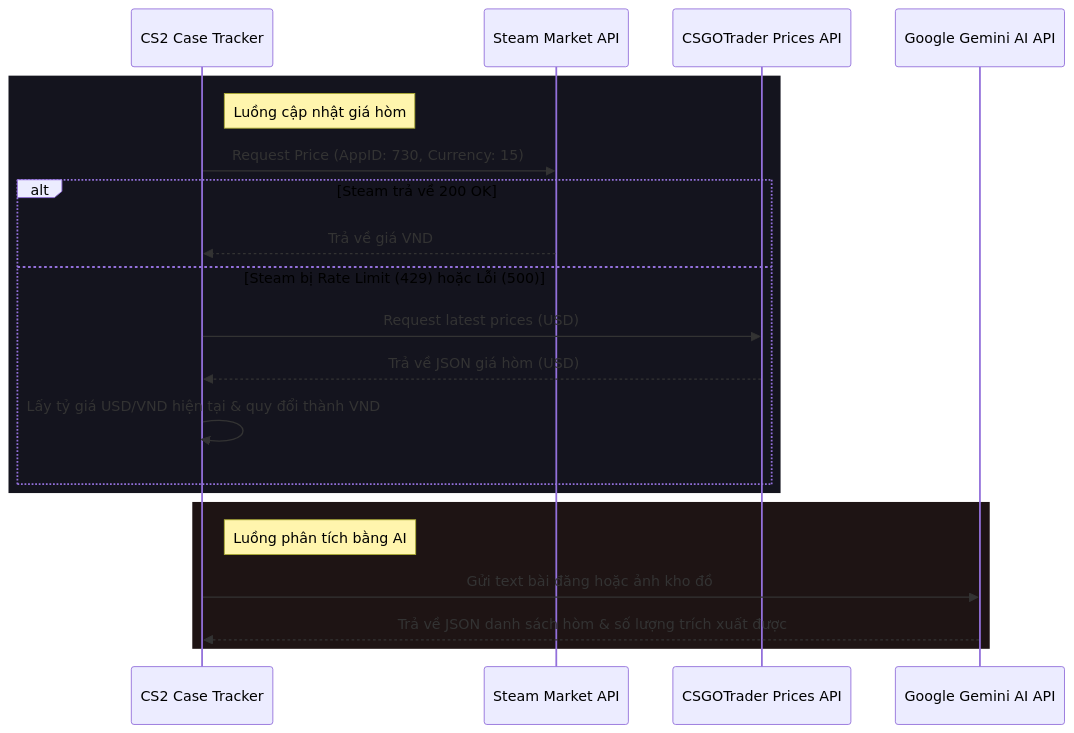
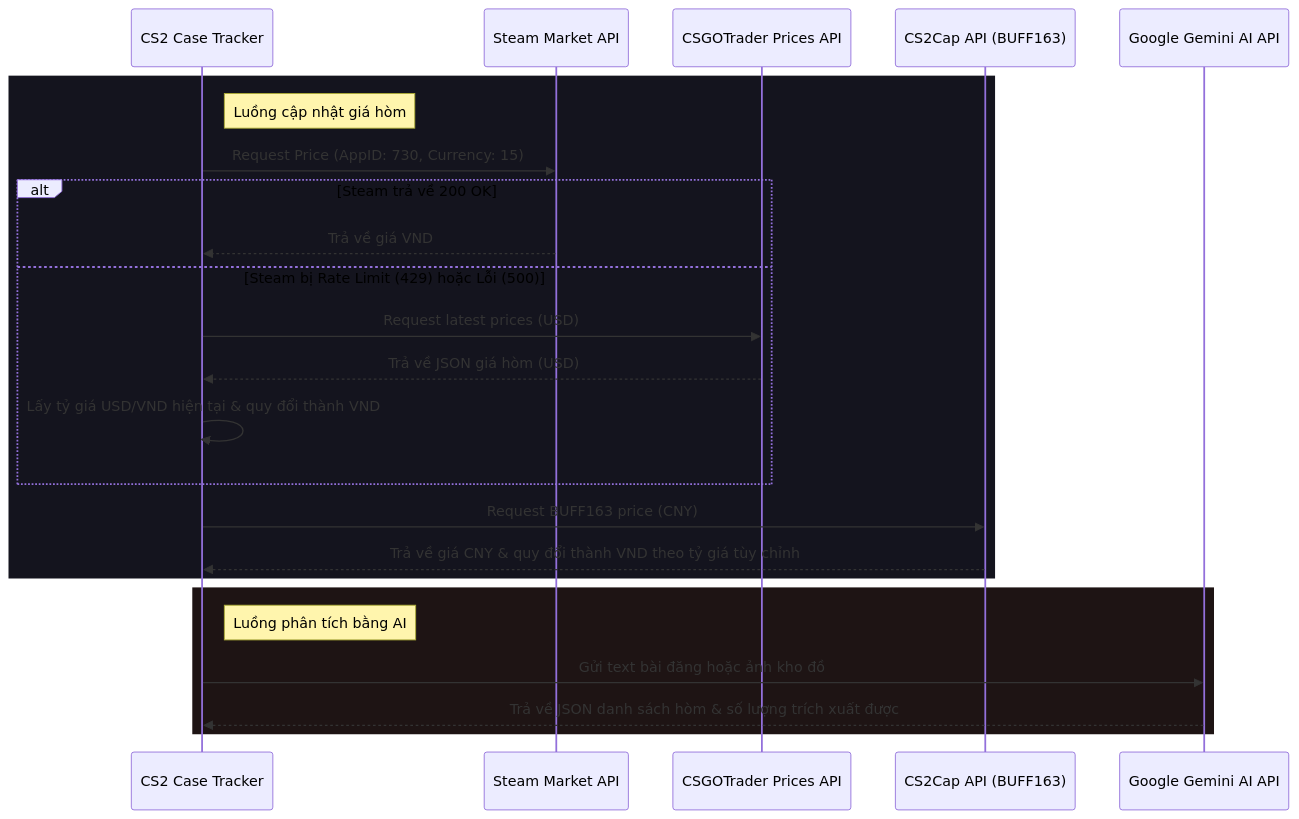
One commit to fumodayo/cs2-tracking changed the third of 3 diagrams in docs/ARCHITECTURE.md. Above: the diagram before and after it, drawn with Mermaid. The commit also changed other lines of this file and 1 other file, not shown here.

Commit message:
docs: update README and ARCHITECTURE with current database schemas and features

````diff
--- a/docs/ARCHITECTURE.md
+++ b/docs/ARCHITECTURE.md
@@ -250,25 +380,28 @@
 ```mermaid
 sequenceDiagram
     participant App as CS2 Case Tracker
     participant Steam as Steam Market API
     participant CSGO as CSGOTrader Prices API
+    participant CS2Cap as CS2Cap API (BUFF163)
     participant Gemini as Google Gemini AI API
     
     rect rgb(20, 20, 30)
         note right of App: Luồng cập nhật giá hòm
         App->>Steam: Request Price (AppID: 730, Currency: 15)
         alt Steam trả về 200 OK
             Steam-->>App: Trả về giá VND
         else Steam bị Rate Limit (429) hoặc Lỗi (500)
             App->>CSGO: Request latest prices (USD)
             CSGO-->>App: Trả về JSON giá hòm (USD)
             App->>App: Lấy tỷ giá USD/VND hiện tại & quy đổi thành VND
         end
+        App->>CS2Cap: Request BUFF163 price (CNY)
+        CS2Cap-->>App: Trả về giá CNY & quy đổi thành VND theo tỷ giá tùy chỉnh
     end
 
     rect rgb(30, 20, 20)
         note right of App: Luồng phân tích bằng AI
         App->>Gemini: Gửi text bài đăng hoặc ảnh kho đồ
         Gemini-->>App: Trả về JSON danh sách hòm & số lượng trích xuất được
     end
 ```
````
